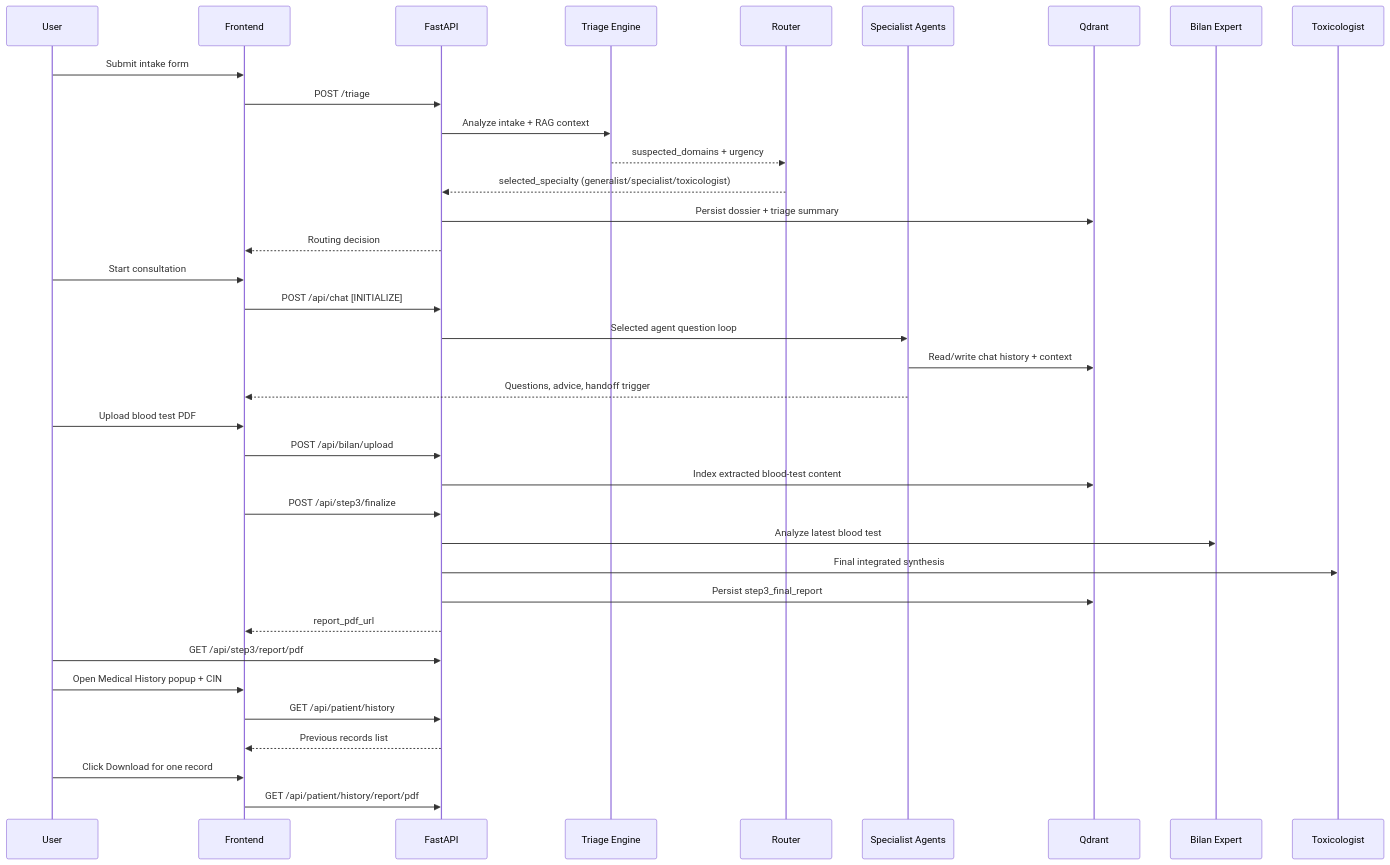
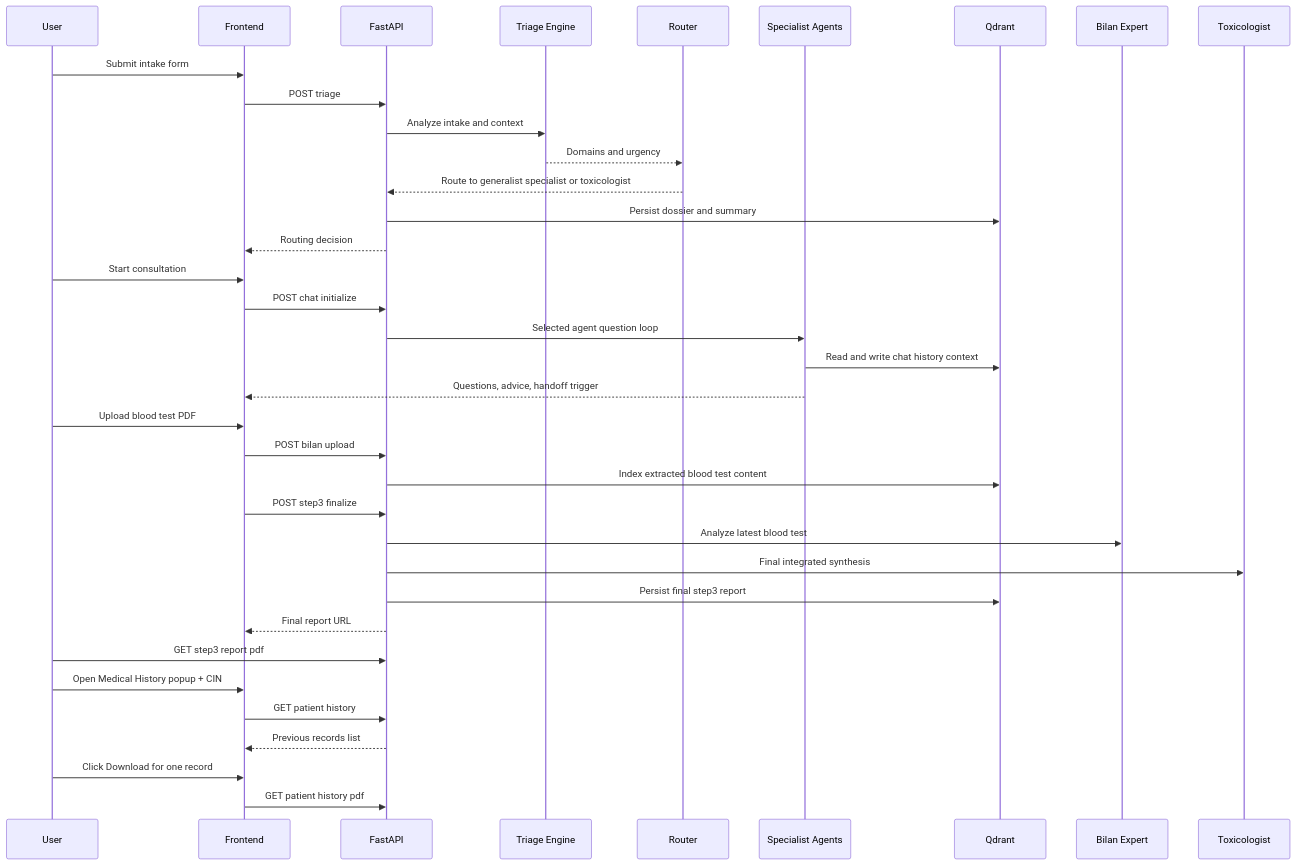
The second of 2 diagrams in README.md (omarfh111/Gabesi-AIGuardian), drawn with Mermaid before and after one commit. The commit also changed other lines of this file, not shown here.

````diff
--- a/README.md
+++ b/README.md
@@ -97,42 +97,42 @@
 ```mermaid
 sequenceDiagram
     participant U as User
     participant FE as Frontend
     participant API as FastAPI
     participant TRI as Triage Engine
     participant RTR as Router
     participant AG as Specialist Agents
     participant QD as Qdrant
     participant BL as Bilan Expert
     participant TOX as Toxicologist
 
     U->>FE: Submit intake form
-    FE->>API: POST /triage
-    API->>TRI: Analyze intake + RAG context
-    TRI-->>RTR: suspected_domains + urgency
-    RTR-->>API: selected_specialty (generalist/specialist/toxicologist)
-    API->>QD: Persist dossier + triage summary
+    FE->>API: POST triage
+    API->>TRI: Analyze intake and context
+    TRI-->>RTR: Domains and urgency
+    RTR-->>API: Route to generalist specialist or toxicologist
+    API->>QD: Persist dossier and summary
     API-->>FE: Routing decision
 
     U->>FE: Start consultation
-    FE->>API: POST /api/chat [INITIALIZE]
+    FE->>API: POST chat initialize
     API->>AG: Selected agent question loop
-    AG->>QD: Read/write chat history + context
+    AG->>QD: Read and write chat history context
     AG-->>FE: Questions, advice, handoff trigger
 
     U->>FE: Upload blood test PDF
-    FE->>API: POST /api/bilan/upload
-    API->>QD: Index extracted blood-test content
-    FE->>API: POST /api/step3/finalize
+    FE->>API: POST bilan upload
+    API->>QD: Index extracted blood test content
+    FE->>API: POST step3 finalize
     API->>BL: Analyze latest blood test
     API->>TOX: Final integrated synthesis
-    API->>QD: Persist step3_final_report
-    API-->>FE: report_pdf_url
-    U->>API: GET /api/step3/report/pdf
+    API->>QD: Persist final step3 report
+    API-->>FE: Final report URL
+    U->>API: GET step3 report pdf
 
     U->>FE: Open Medical History popup + CIN
-    FE->>API: GET /api/patient/history
+    FE->>API: GET patient history
     API-->>FE: Previous records list
     U->>FE: Click Download for one record
-    FE->>API: GET /api/patient/history/report/pdf
+    FE->>API: GET patient history pdf
 ```
````
